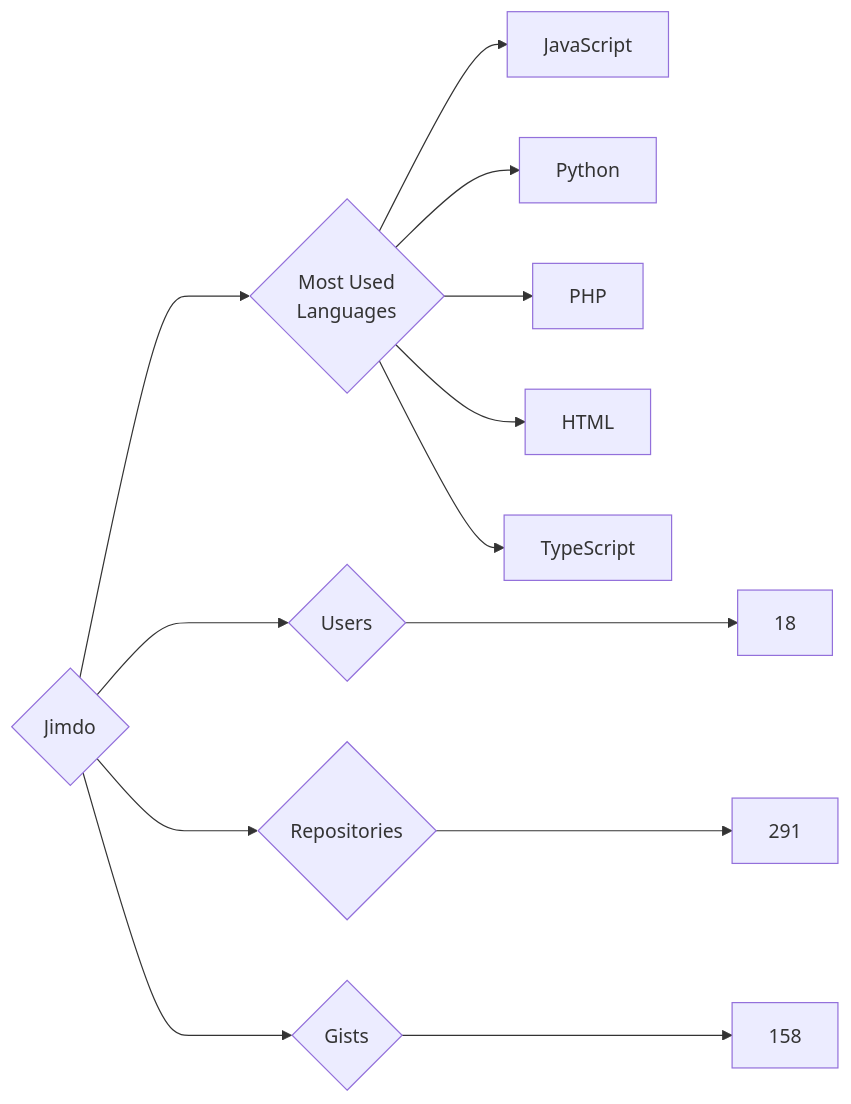
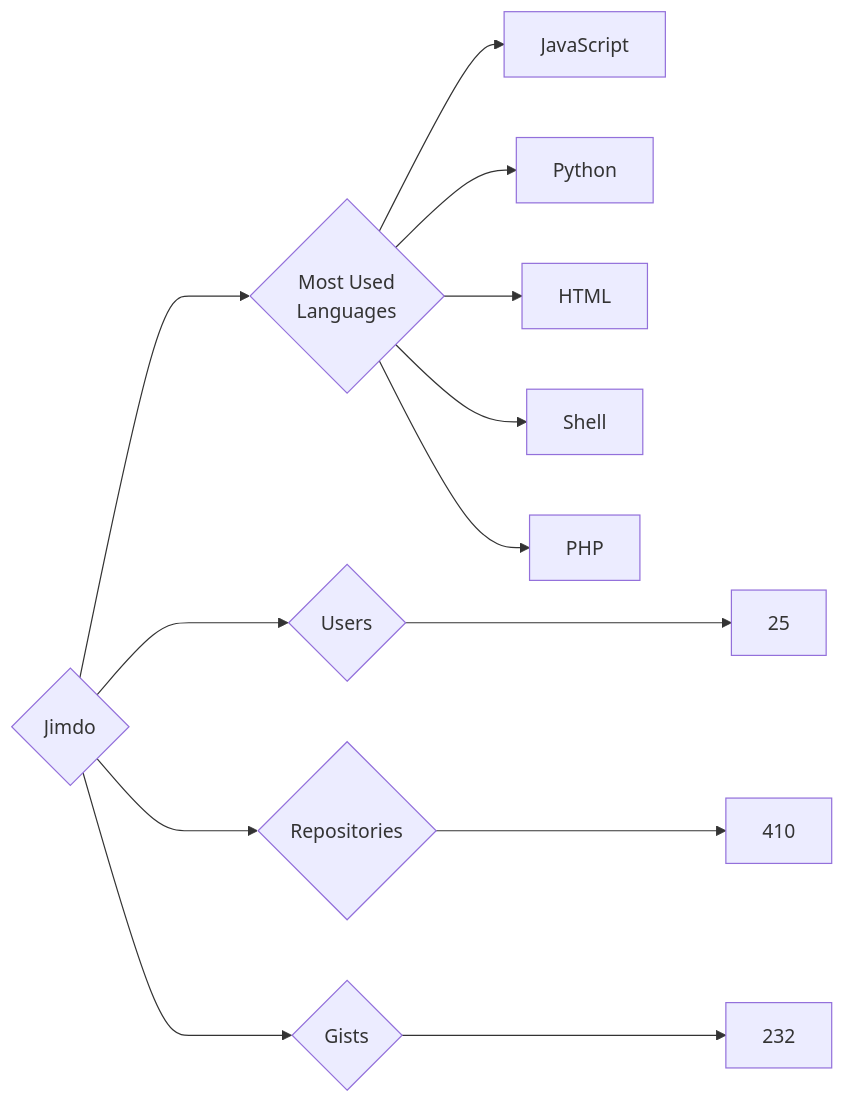
The diagram in targets/Jimdo/README.md (trickest/insiders), drawn with Mermaid before and after one commit. The commit also changed 777 other files, not shown here.

````diff
--- a/targets/Jimdo/README.md
+++ b/targets/Jimdo/README.md
@@ -3,13 +3,13 @@
 ```mermaid
 graph LR
 COMPANY_NAME{Jimdo}
-COMPANY_NAME ---> U{Users} ---> UN[18]
-COMPANY_NAME ---> R{Repositories} ---> RN[291]
-COMPANY_NAME ---> G{Gists} ---> GN[158]
+COMPANY_NAME ---> U{Users} ---> UN[25]
+COMPANY_NAME ---> R{Repositories} ---> RN[410]
+COMPANY_NAME ---> G{Gists} ---> GN[232]
 COMPANY_NAME ---> ML{Most Used<br>Languages}
 ML --> JavaScript[JavaScript]
 ML --> Python[Python]
+ML --> HTML[HTML]
+ML --> Shell[Shell]
 ML --> PHP[PHP]
-ML --> HTML[HTML]
-ML --> TypeScript[TypeScript]
 ```
````
